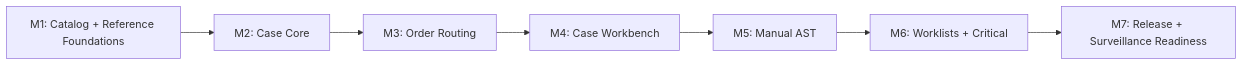
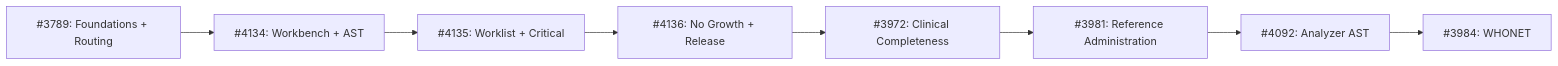
The diagram in specs/782-ogc-782-microbiology-mvp-spec/plan.md (DIGI-UW/OpenELIS-Global-2), drawn with Mermaid before and after one commit. The commit also changed other lines of this file and 18 other files, not shown here.

````diff
--- a/specs/782-ogc-782-microbiology-mvp-spec/plan.md
+++ b/specs/782-ogc-782-microbiology-mvp-spec/plan.md
@@ -107,9 +187,10 @@
 ```mermaid
 graph LR
-    M1["M1: Catalog + Reference Foundations"] --> M2["M2: Case Core"]
-    M2 --> M3["M3: Order Routing"]
-    M3 --> M4["M4: Case Workbench"]
-    M4 --> M5["M5: Manual AST"]
-    M5 --> M6["M6: Worklists + Critical"]
-    M6 --> M7["M7: Release + Surveillance Readiness"]
+    P3789["#3789: Foundations + Routing"] --> P4134["#4134: Workbench + AST"]
+    P4134 --> P4135["#4135: Worklist + Critical"]
+    P4135 --> P4136["#4136: No Growth + Release"]
+    P4136 --> P3972["#3972: Clinical Completeness"]
+    P3972 --> P3981["#3981: Reference Administration"]
+    P3981 --> P4092["#4092: Analyzer AST"]
+    P4092 --> P3984["#3984: WHONET"]
 ```
````
